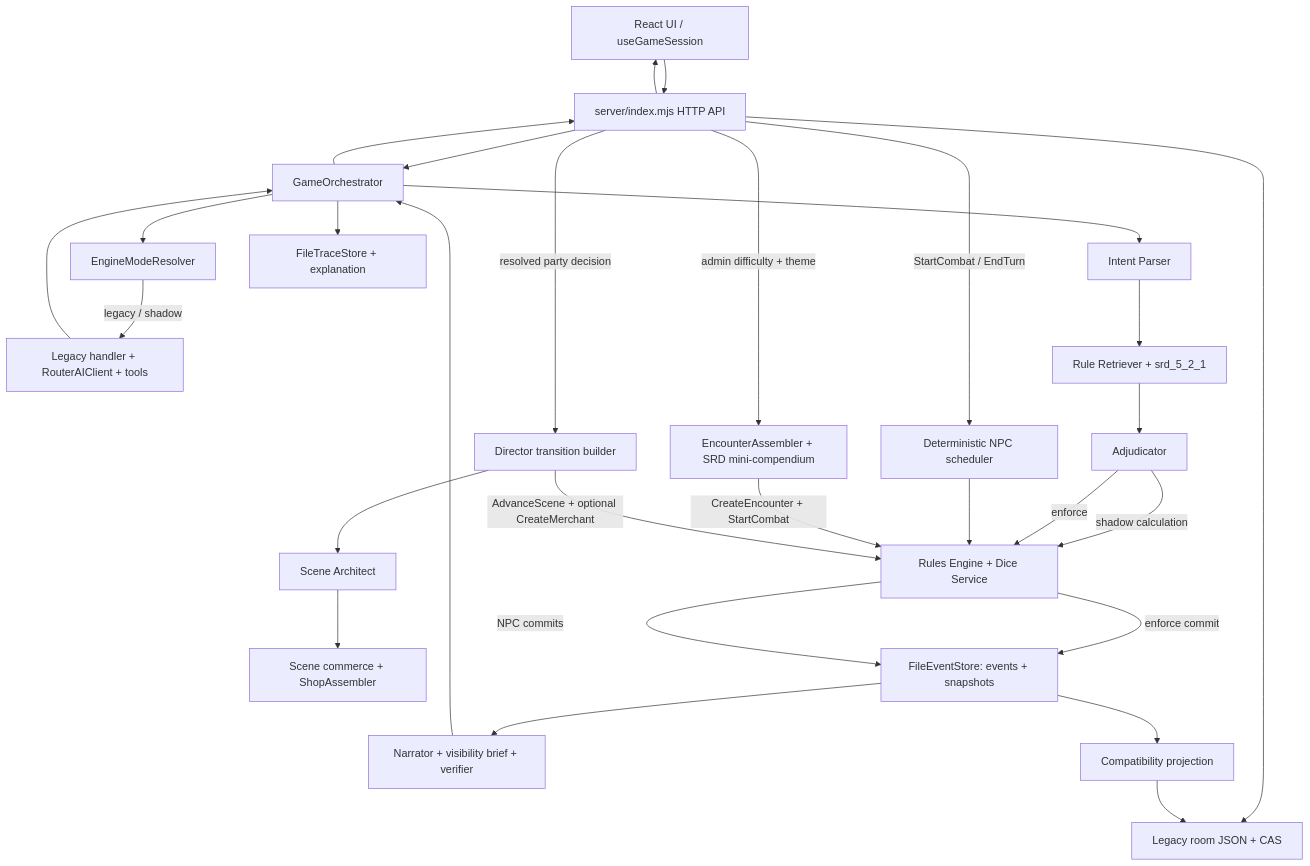
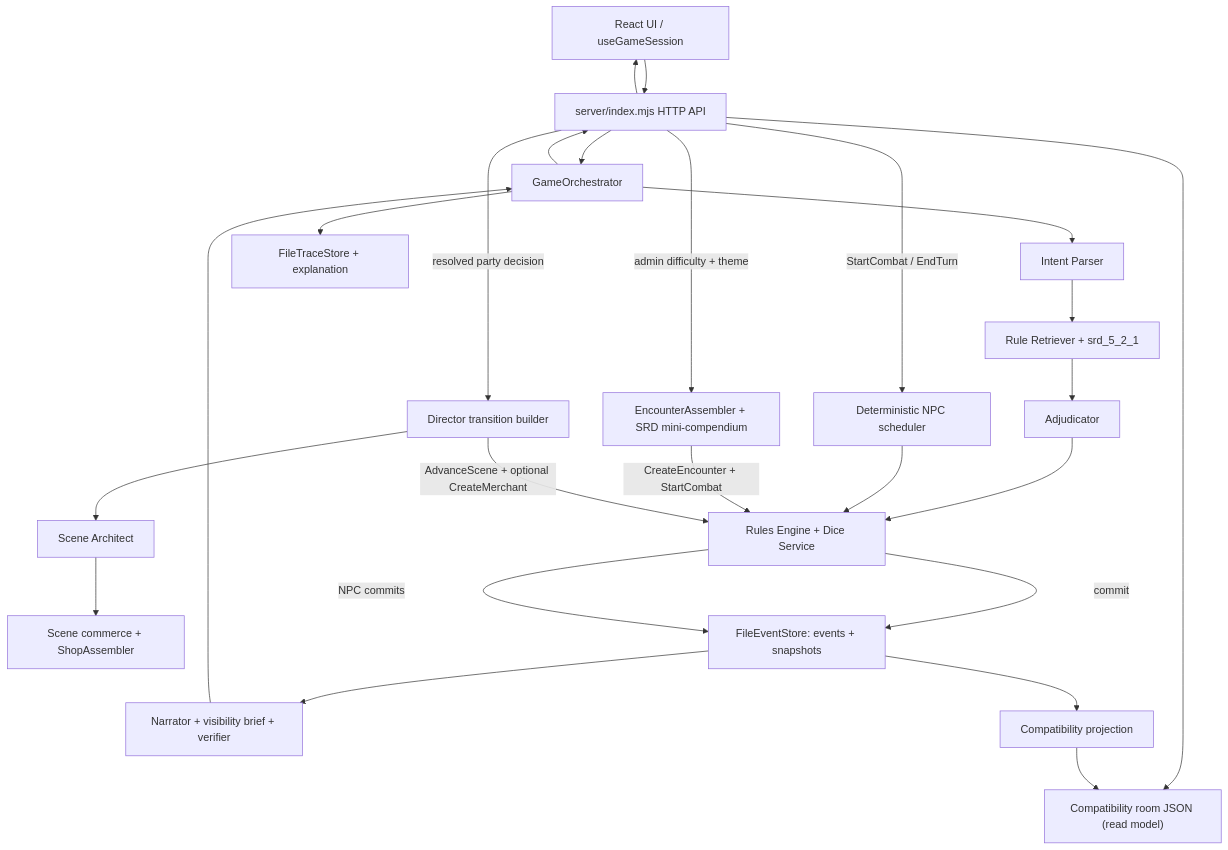
The diagram in docs/current-architecture.md (Anyukhin/skazanie-dnd), drawn with Mermaid before and after one commit. The commit also changed other lines of this file and 146 other files, not shown here.

````diff
--- a/docs/current-architecture.md
+++ b/docs/current-architecture.md
@@ -19,51 +15,45 @@
 ```mermaid
 flowchart TD
     UI["React UI / useGameSession"]
     API["server/index.mjs HTTP API"]
-    Room["Legacy room JSON + CAS"]
+    Room["Compatibility room JSON (read model)"]
     Orch["GameOrchestrator"]
-    Mode["EngineModeResolver"]
-    Legacy["Legacy handler + RouterAIClient + tools"]
     Parse["Intent Parser"]
     Retrieve["Rule Retriever + srd_5_2_1"]
     Judge["Adjudicator"]
     Engine["Rules Engine + Dice Service"]
     Npc["Deterministic NPC scheduler"]
     Encounter["EncounterAssembler + SRD mini-compendium"]
     Director["Director transition builder"]
     Architect["Scene Architect"]
     Shop["Scene commerce + ShopAssembler"]
     Events["FileEventStore: events + snapshots"]
     Narrator["Narrator + visibility brief + verifier"]
     Trace["FileTraceStore + explanation"]
     Projection["Compatibility projection"]
 
     UI --> API
     API --> Room
     API --> Orch
-    Orch --> Mode
     Orch --> Parse
     Parse --> Retrieve
     Retrieve --> Judge
-    Mode -->|legacy / shadow| Legacy
-    Judge -->|shadow calculation| Engine
-    Judge -->|enforce| Engine
-    Engine -->|enforce commit| Events
+    Judge --> Engine
+    Engine -->|commit| Events
     API -->|StartCombat / EndTurn| Npc
     Npc --> Engine
     API -->|admin difficulty + theme| Encounter
     Encounter -->|CreateEncounter + StartCombat| Engine
     API -->|resolved party decision| Director
     Director --> Architect
     Architect --> Shop
     Director -->|AdvanceScene + optional CreateMerchant| Engine
     Engine -->|NPC commits| Events
     Events --> Narrator
     Orch --> Trace
-    Legacy --> Orch
     Narrator --> Orch
     Orch --> API
     Events --> Projection
     Projection --> Room
     API --> UI
 ```
````
